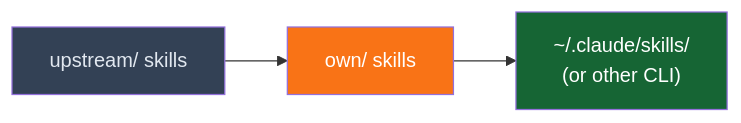
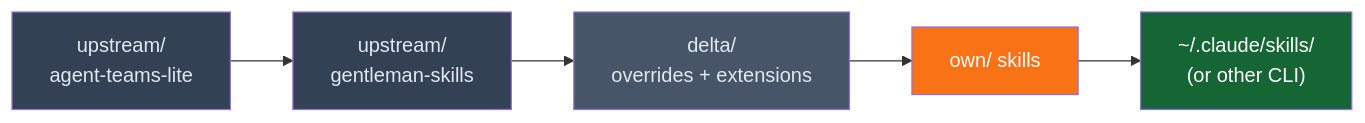
The diagram in docs/skills.md (JNZader/javi-ai), drawn with Mermaid before and after one commit. The commit also changed other lines of this file and 3 other files, not shown here.

Commit message:
docs: update documentation for 3-layer skill architecture

````diff
--- a/docs/skills.md
+++ b/docs/skills.md
@@ -48,9 +56,13 @@
 ```mermaid
 flowchart LR
-    UP["upstream/ skills"] --> OWN["own/ skills"]
+    ATL["upstream/<br/>agent-teams-lite"] --> GS["upstream/<br/>gentleman-skills"]
+    GS --> DL["delta/<br/>overrides + extensions"]
+    DL --> OWN["own/ skills"]
     OWN --> DEST["~/.claude/skills/<br/>(or other CLI)"]
 
-    style UP fill:#334155,color:#e2e8f0
+    style ATL fill:#334155,color:#e2e8f0
+    style GS fill:#334155,color:#e2e8f0
+    style DL fill:#475569,color:#e2e8f0
     style OWN fill:#f97316,color:#fff
     style DEST fill:#166534,color:#fff
 ```
````
